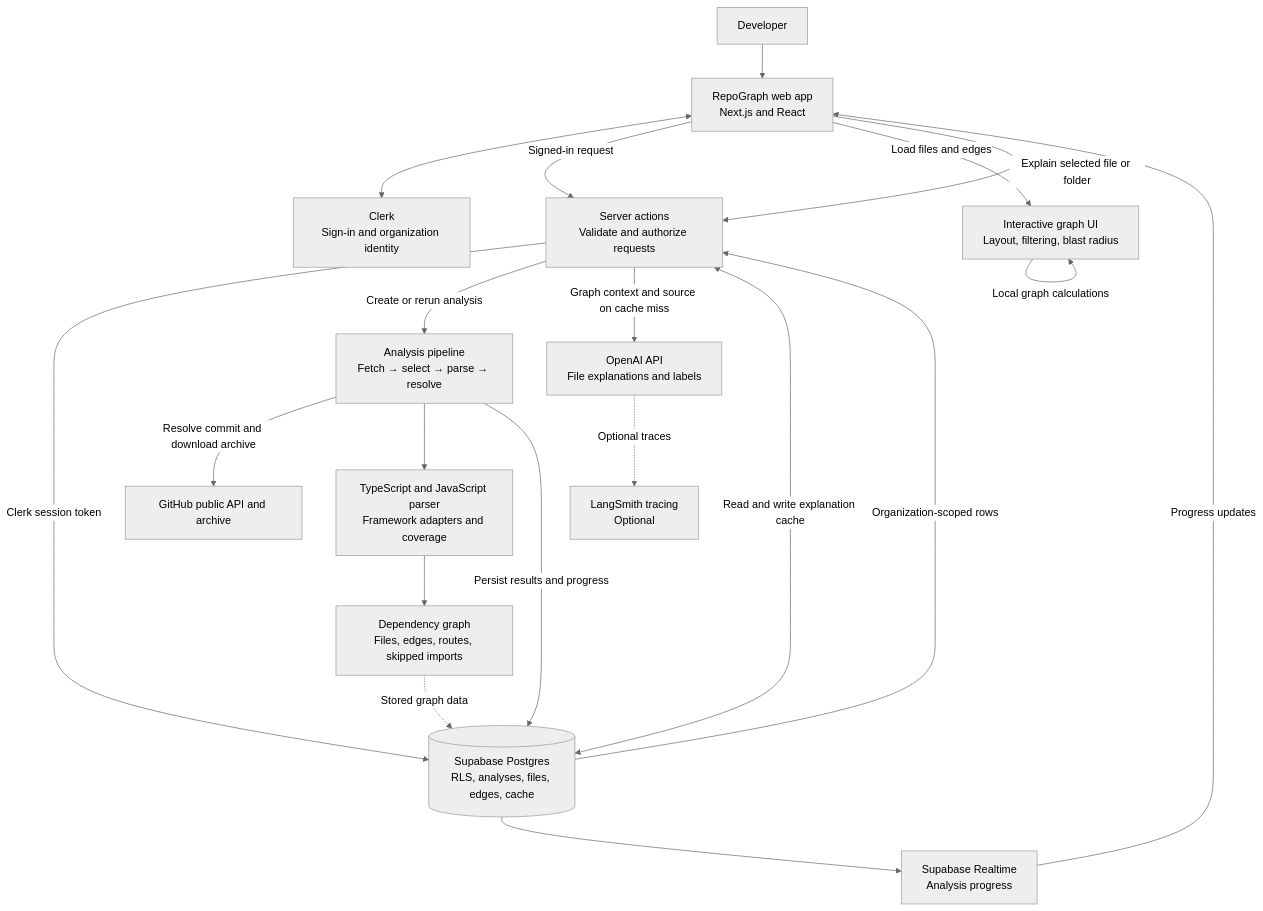
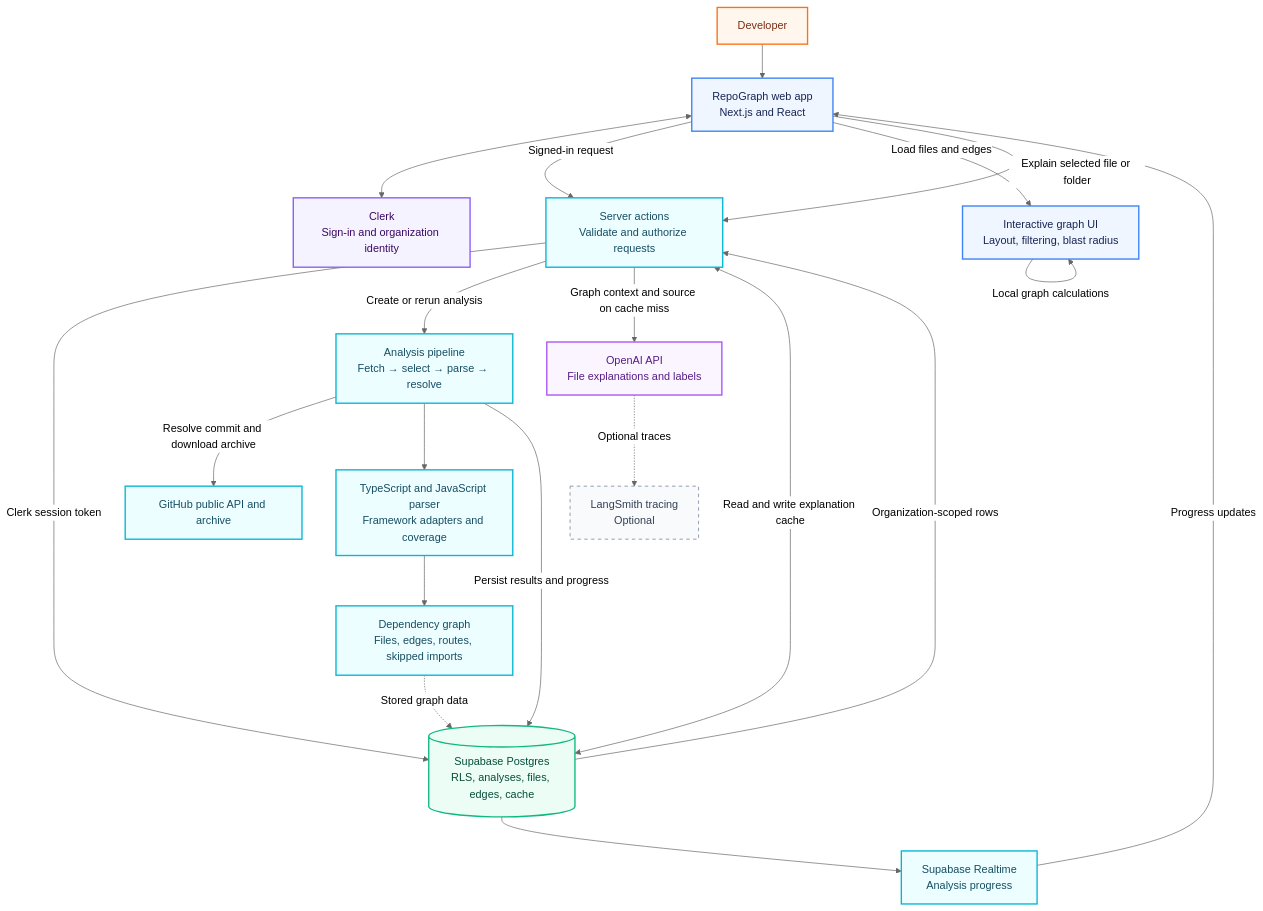
The diagram in README.md (Suvradip01/RepoGraph), drawn with Mermaid (neutral theme) before and after one commit. The commit also changed other lines of this file, not shown here.

````diff
--- a/README.md
+++ b/README.md
@@ -44,36 +55,52 @@
 ```mermaid
 flowchart TD
     Developer[Developer]
     Browser[RepoGraph web app<br/>Next.js and React]
     Clerk[Clerk<br/>Sign-in and organization identity]
     Actions[Server actions<br/>Validate and authorize requests]
     GitHub[GitHub public API and archive]
     Pipeline[Analysis pipeline<br/>Fetch → select → parse → resolve]
     Parser[TypeScript and JavaScript parser<br/>Framework adapters and coverage]
     Graph[Dependency graph<br/>Files, edges, routes, skipped imports]
     Supabase[(Supabase Postgres<br/>RLS, analyses, files, edges, cache)]
     OpenAI[OpenAI API<br/>File explanations and labels]
     LangSmith[LangSmith tracing<br/>Optional]
     Realtime[Supabase Realtime<br/>Analysis progress]
     View[Interactive graph UI<br/>Layout, filtering, blast radius]
 
     Developer --> Browser
     Browser <--> Clerk
     Browser -->|Signed-in request| Actions
     Actions -->|Clerk session token| Supabase
     Actions -->|Create or rerun analysis| Pipeline
     Pipeline -->|Resolve commit and download archive| GitHub
     Pipeline --> Parser
     Parser --> Graph
     Pipeline -->|Persist results and progress| Supabase
     Supabase -->|Organization-scoped rows| Actions
     Supabase --> Realtime
     Realtime -->|Progress updates| Browser
     Browser -->|Load files and edges| View
     Graph -.->|Stored graph data| Supabase
     View -->|Local graph calculations| View
     Browser -->|Explain selected file or folder| Actions
     Actions -->|Graph context and source on cache miss| OpenAI
     Actions <-->|Read and write explanation cache| Supabase
     OpenAI -.->|Optional traces| LangSmith
+
+    classDef person fill:#fff7ed,stroke:#f97316,color:#7c2d12,stroke-width:2px
+    classDef client fill:#eff6ff,stroke:#3b82f6,color:#172554,stroke-width:2px
+    classDef identity fill:#f5f3ff,stroke:#8b5cf6,color:#3b0764,stroke-width:2px
+    classDef pipeline fill:#ecfeff,stroke:#06b6d4,color:#164e63,stroke-width:2px
+    classDef storage fill:#ecfdf5,stroke:#10b981,color:#064e3b,stroke-width:2px
+    classDef model fill:#faf5ff,stroke:#a855f7,color:#581c87,stroke-width:2px
+    classDef optional fill:#f8fafc,stroke:#64748b,color:#334155,stroke-dasharray: 5 5
+
+    class Developer person
+    class Browser,View client
+    class Clerk identity
+    class Actions,GitHub,Pipeline,Parser,Graph,Realtime pipeline
+    class Supabase storage
+    class OpenAI model
+    class LangSmith optional
 ```
````
